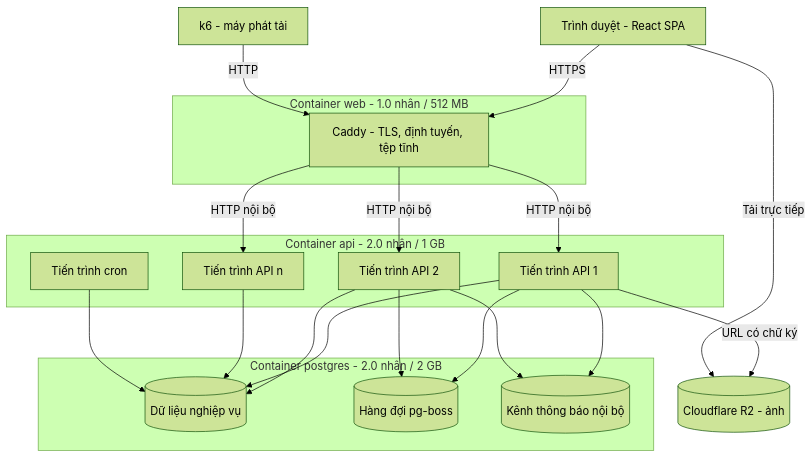
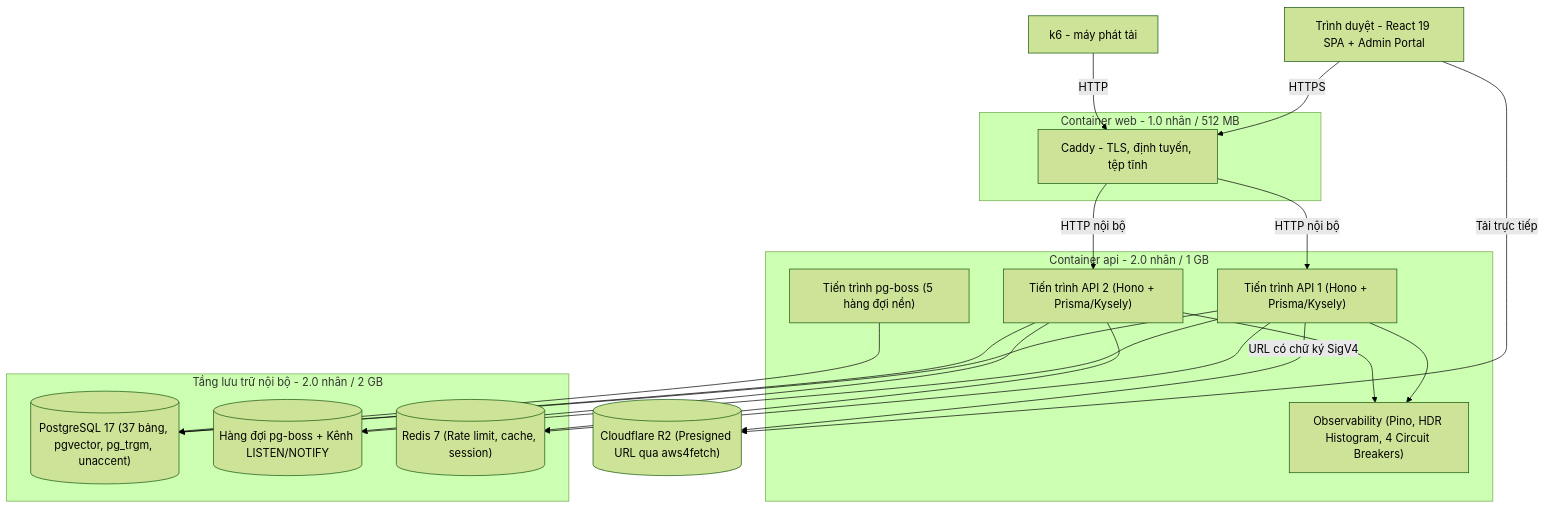
Before and after one commit to longqt321/Rendez-PBL6: the third of 21 diagrams in docs/bao-cao/BAO-CAO-DO-AN.md, drawn with Mermaid (forest theme). The commit also changed other lines of this file and 3 other files, not shown here.

````diff
--- a/docs/bao-cao/BAO-CAO-DO-AN.md
+++ b/docs/bao-cao/BAO-CAO-DO-AN.md
@@ -564,40 +631,40 @@
 ```mermaid
 flowchart TB
-    Browser["Trình duyệt - React SPA"]
+    Browser["Trình duyệt - React 19 SPA + Admin Portal"]
 
     subgraph Edge["Container web - 1.0 nhân / 512 MB"]
         Caddy["Caddy - TLS, định tuyến, tệp tĩnh"]
     end
 
     subgraph Api["Container api - 2.0 nhân / 1 GB"]
-        W1["Tiến trình API 1"]
-        W2["Tiến trình API 2"]
-        WN["Tiến trình API n"]
-        Cron["Tiến trình cron"]
+        W1["Tiến trình API 1 (Hono + Prisma/Kysely)"]
+        W2["Tiến trình API 2 (Hono + Prisma/Kysely)"]
+        Obs["Observability (Pino, HDR Histogram, 4 Circuit Breakers)"]
+        Cron["Tiến trình pg-boss (5 hàng đợi nền)"]
     end
 
-    subgraph Data["Container postgres - 2.0 nhân / 2 GB"]
-        PG[("Dữ liệu nghiệp vụ")]
-        Queue[("Hàng đợi pg-boss")]
-        Notify[("Kênh thông báo nội bộ")]
+    subgraph Data["Tầng lưu trữ nội bộ - 2.0 nhân / 2 GB"]
+        PG[("PostgreSQL 17 (37 bảng, pgvector, pg_trgm, unaccent)")]
+        Queue[("Hàng đợi pg-boss + Kênh LISTEN/NOTIFY")]
+        Redis[("Redis 7 (Rate limit, cache, session)")]
     end
 
-    R2[("Cloudflare R2 - ảnh")]
+    R2[("Cloudflare R2 (Presigned URL qua aws4fetch)")]
     K6["k6 - máy phát tải"]
 
     Browser -->|HTTPS| Caddy
     Caddy -->|HTTP nội bộ| W1
     Caddy -->|HTTP nội bộ| W2
-    Caddy -->|HTTP nội bộ| WN
+    W1 --> Obs
+    W2 --> Obs
     W1 --> PG
     W2 --> PG
-    WN --> PG
     Cron --> PG
     W1 --> Queue
     W2 --> Queue
-    W1 --> Notify
-    W2 --> Notify
-    W1 -->|URL có chữ ký| R2
+    W1 --> Redis
+    W2 --> Redis
+    W1 -->|URL có chữ ký SigV4| R2
     Browser -->|Tải trực tiếp| R2
     K6 -->|HTTP| Caddy
 ```
````
